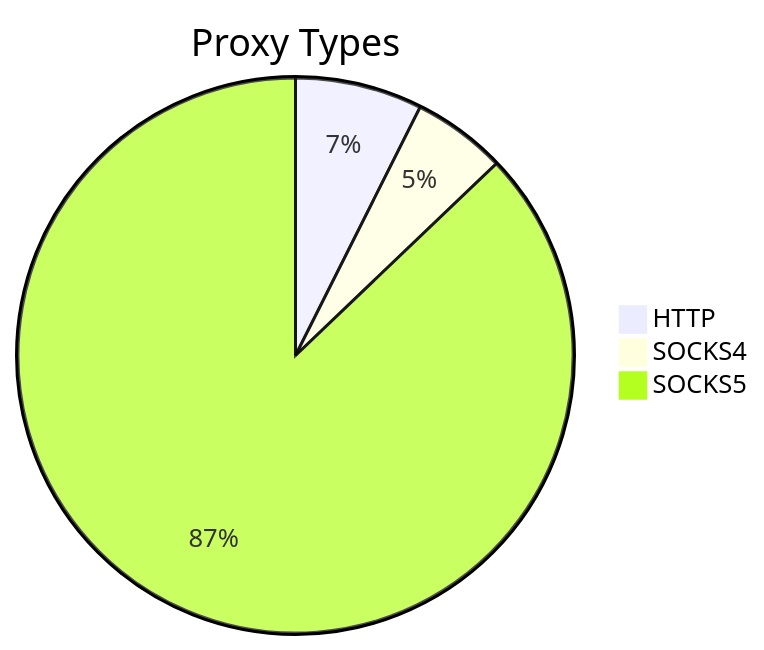
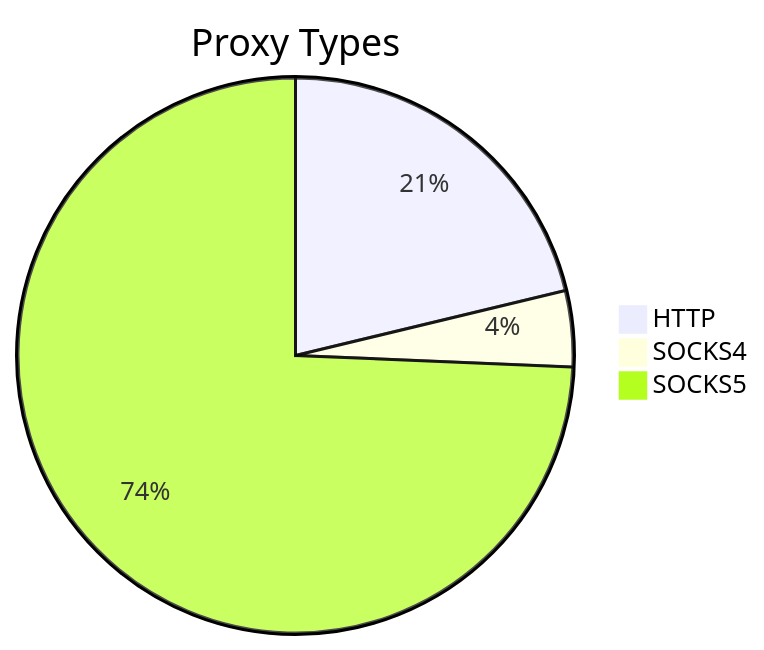
One commit to stormsia/proxy-list changed the first of 2 diagrams in README.md. Above: the diagram before and after it, drawn with Mermaid. The commit also changed other lines of this file, not shown here.

````diff
--- a/README.md
+++ b/README.md
@@ -21,6 +21,6 @@
 ```mermaid
 pie title Proxy Types
-    "HTTP" : 84
-    "SOCKS4" : 62
-    "SOCKS5" : 989
+    "HTTP" : 72
+    "SOCKS4" : 15
+    "SOCKS5" : 252
 ```
````
